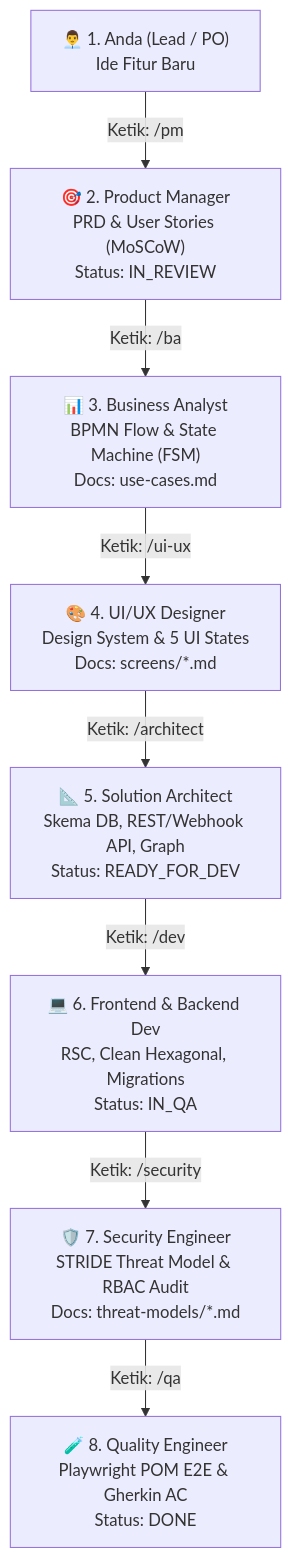
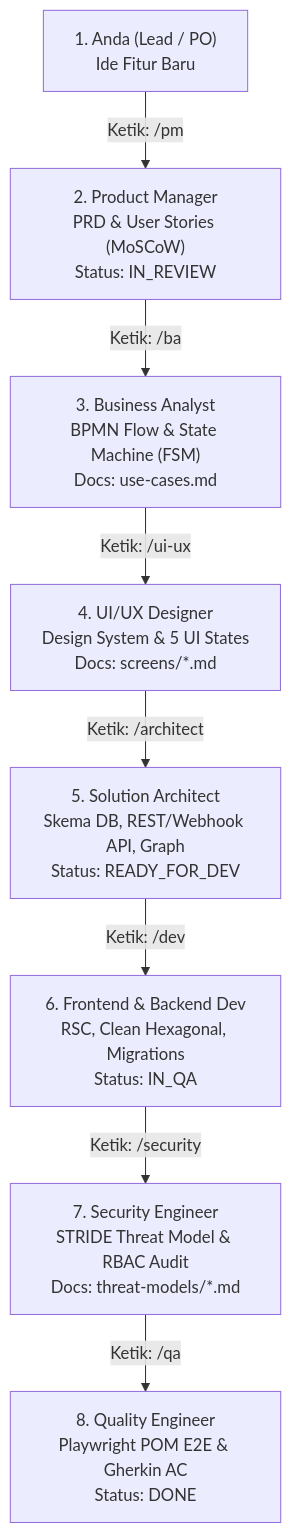
One commit to mrefawaladam/agentic-starter-kit changed the diagram in HOW_TO_USE.md. Above: the diagram before and after it, drawn with Mermaid. The commit also changed other lines of this file and 13 other files, not shown here.

````diff
--- a/HOW_TO_USE.md
+++ b/HOW_TO_USE.md
@@ -35,10 +35,10 @@
 ```mermaid
 flowchart TD
-    PO["👨‍💼 1. Anda (Lead / PO)\nIde Fitur Baru"] -->|"Ketik: /pm"| PM["🎯 2. Product Manager\nPRD & User Stories (MoSCoW)\nStatus: IN_REVIEW"]
-    PM -->|"Ketik: /ba"| BA["📊 3. Business Analyst\nBPMN Flow & State Machine (FSM)\nDocs: use-cases.md"]
-    BA -->|"Ketik: /ui-ux"| UI["🎨 4. UI/UX Designer\nDesign System & 5 UI States\nDocs: screens/*.md"]
-    UI -->|"Ketik: /architect"| Arch["📐 5. Solution Architect\nSkema DB, REST/Webhook API, Graph\nStatus: READY_FOR_DEV"]
-    Arch -->|"Ketik: /dev"| Dev["💻 6. Frontend & Backend Dev\nRSC, Clean Hexagonal, Migrations\nStatus: IN_QA"]
-    Dev -->|"Ketik: /security"| Sec["🛡️ 7. Security Engineer\nSTRIDE Threat Model & RBAC Audit\nDocs: threat-models/*.md"]
-    Sec -->|"Ketik: /qa"| QA["🧪 8. Quality Engineer\nPlaywright POM E2E & Gherkin AC\nStatus: DONE"]
+    PO["1. Anda (Lead / PO)\nIde Fitur Baru"] -->|"Ketik: /pm"| PM["2. Product Manager\nPRD & User Stories (MoSCoW)\nStatus: IN_REVIEW"]
+    PM -->|"Ketik: /ba"| BA["3. Business Analyst\nBPMN Flow & State Machine (FSM)\nDocs: use-cases.md"]
+    BA -->|"Ketik: /ui-ux"| UI["4. UI/UX Designer\nDesign System & 5 UI States\nDocs: screens/*.md"]
+    UI -->|"Ketik: /architect"| Arch["5. Solution Architect\nSkema DB, REST/Webhook API, Graph\nStatus: READY_FOR_DEV"]
+    Arch -->|"Ketik: /dev"| Dev["6. Frontend & Backend Dev\nRSC, Clean Hexagonal, Migrations\nStatus: IN_QA"]
+    Dev -->|"Ketik: /security"| Sec["7. Security Engineer\nSTRIDE Threat Model & RBAC Audit\nDocs: threat-models/*.md"]
+    Sec -->|"Ketik: /qa"| QA["8. Quality Engineer\nPlaywright POM E2E & Gherkin AC\nStatus: DONE"]
 ```
````
